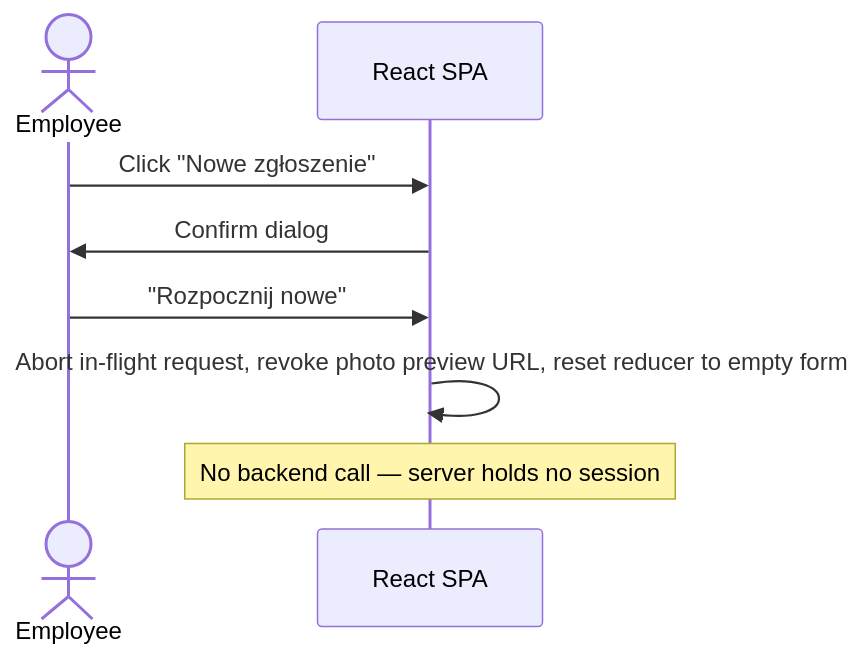
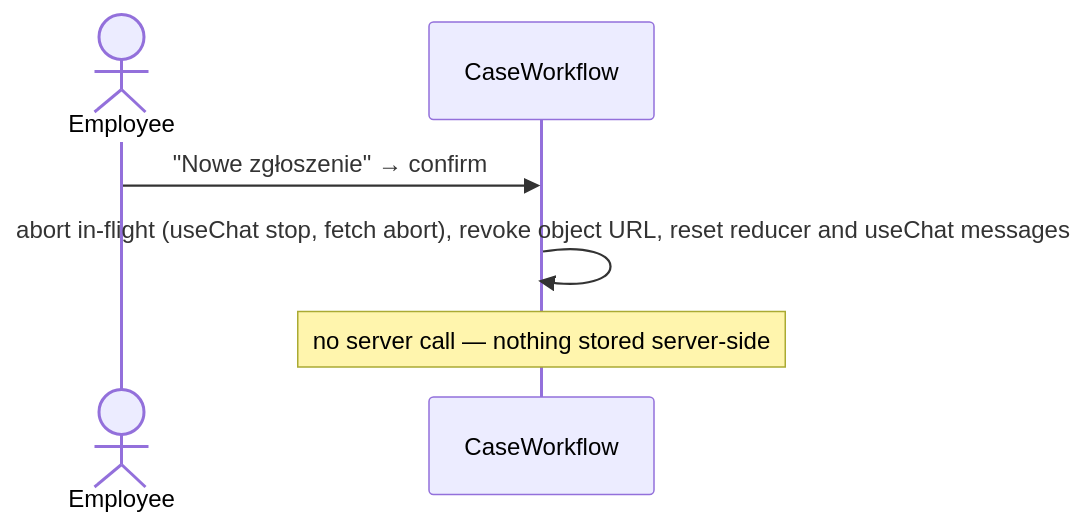
The seventh of 7 diagrams in docs/ADR/000-main-architecture.md (pawelpost4/sii-vibe-coding-2026-10), drawn with Mermaid before and after one commit. The commit also changed other lines of this file and 6 other files, not shown here.

First line of the commit message:
Docs: second ADR - replace FastAPI ADRs with Next.js + AI SDK architecture

````diff
--- a/docs/ADR/000-main-architecture.md
+++ b/docs/ADR/000-main-architecture.md
@@ -475,10 +425,8 @@
 ```mermaid
 sequenceDiagram
     actor E as Employee
-    participant UI as React SPA
-    E->>UI: Click "Nowe zgłoszenie"
-    UI->>E: Confirm dialog
-    E->>UI: "Rozpocznij nowe"
-    UI->>UI: Abort in-flight request, revoke photo preview URL, reset reducer to empty form
-    Note over UI: No backend call — server holds no session
+    participant UI as CaseWorkflow
+    E->>UI: "Nowe zgłoszenie" → confirm
+    UI->>UI: abort in-flight (useChat stop, fetch abort), revoke object URL, reset reducer and useChat messages
+    Note over UI: no server call — nothing stored server-side
 ```
````
